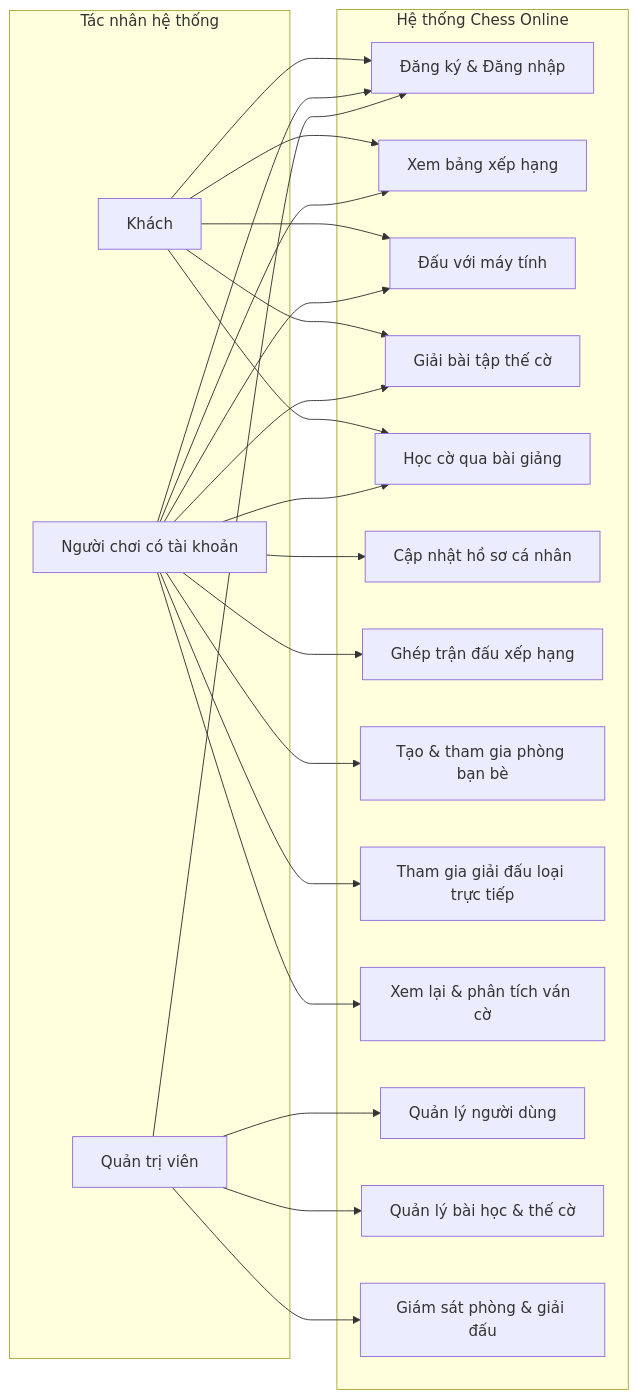
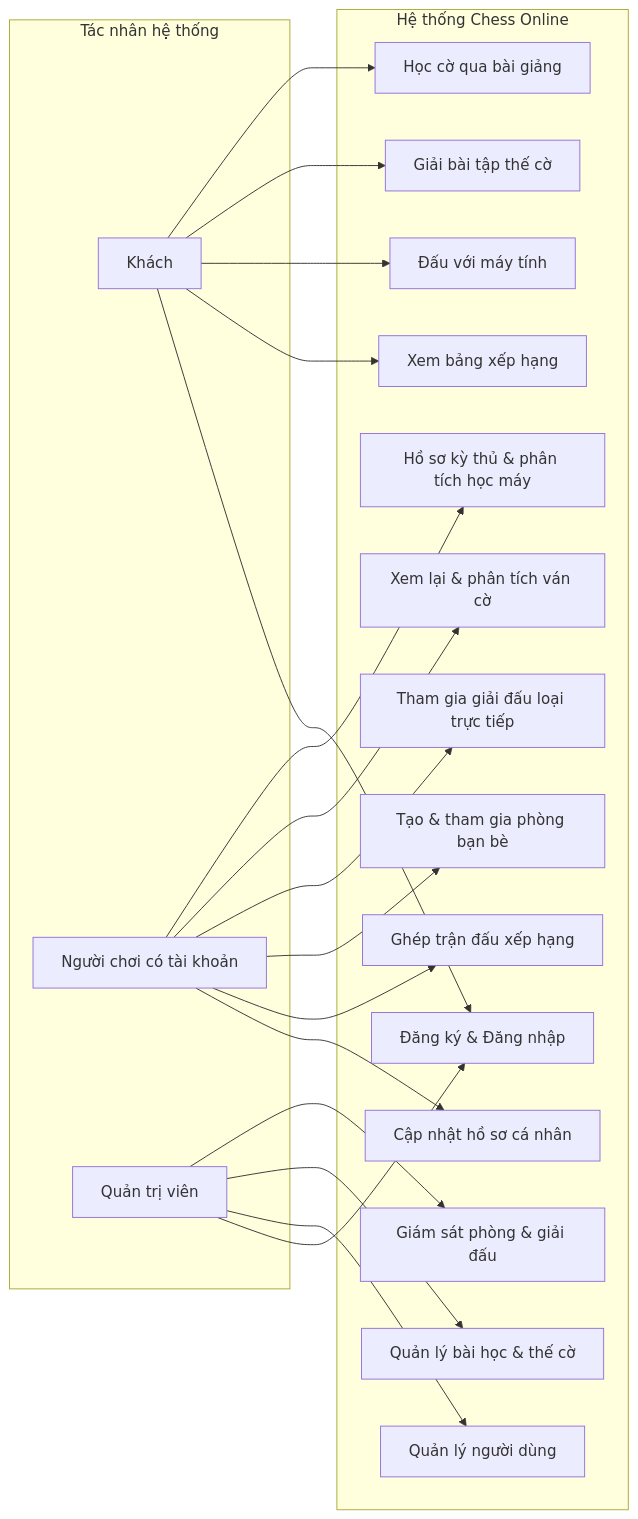
The second of 14 diagrams in docs/SRS_Document.md (sonsamset26/chess-online), drawn with Mermaid before and after one commit. The commit also changed other lines of this file and 3 other files, not shown here.

````diff
--- a/docs/SRS_Document.md
+++ b/docs/SRS_Document.md
@@ -186,46 +197,43 @@
 ```mermaid
 flowchart LR
     subgraph Users ["Tác nhân hệ thống"]
         Guest["Khách"]
         User["Người chơi có tài khoản"]
         Admin["Quản trị viên"]
     end
 
     subgraph System ["Hệ thống Chess Online"]
         UC01["Đăng ký & Đăng nhập"]
         UC02["Xem bảng xếp hạng"]
         UC03["Đấu với máy tính"]
         UC04["Giải bài tập thế cờ"]
         UC05["Học cờ qua bài giảng"]
         UC06["Cập nhật hồ sơ cá nhân"]
         UC07["Ghép trận đấu xếp hạng"]
         UC08["Tạo & tham gia phòng bạn bè"]
         UC09["Tham gia giải đấu loại trực tiếp"]
         UC10["Xem lại & phân tích ván cờ"]
-        UC11["Quản lý người dùng"]
-        UC12["Quản lý bài học & thế cờ"]
-        UC13["Giám sát phòng & giải đấu"]
+        UC11["Hồ sơ kỳ thủ & phân tích học máy"]
+        UC12["Quản lý người dùng"]
+        UC13["Quản lý bài học & thế cờ"]
+        UC14["Giám sát phòng & giải đấu"]
     end
 
     Guest --> UC01
     Guest --> UC02
     Guest --> UC03
     Guest --> UC04
     Guest --> UC05
 
-    User --> UC01
-    User --> UC02
-    User --> UC03
-    User --> UC04
-    User --> UC05
     User --> UC06
     User --> UC07
     User --> UC08
     User --> UC09
     User --> UC10
+    User --> UC11
 
     Admin --> UC01
-    Admin --> UC11
     Admin --> UC12
     Admin --> UC13
+    Admin --> UC14
 ```
````
